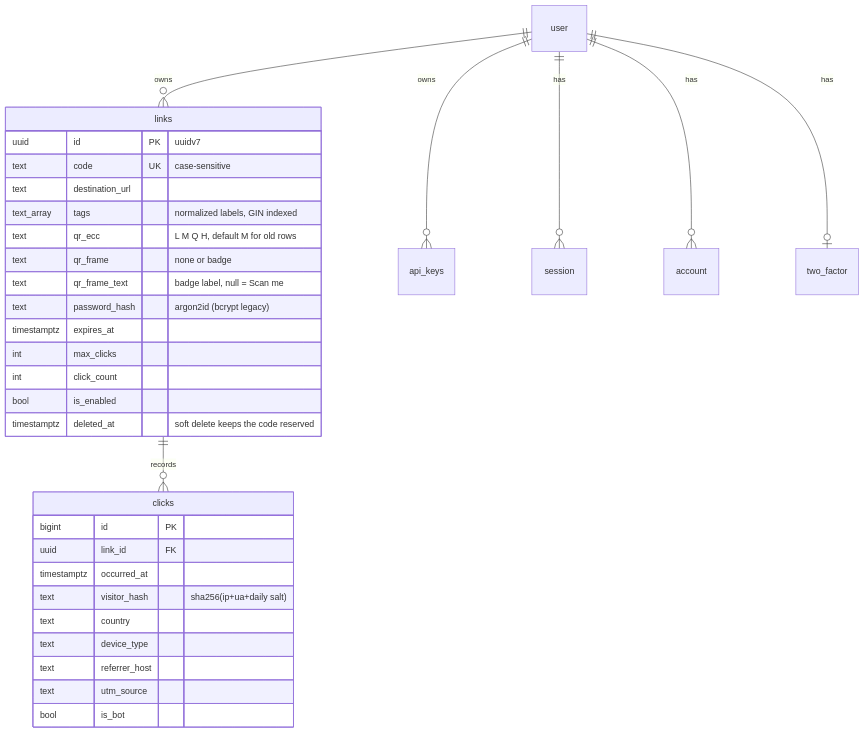
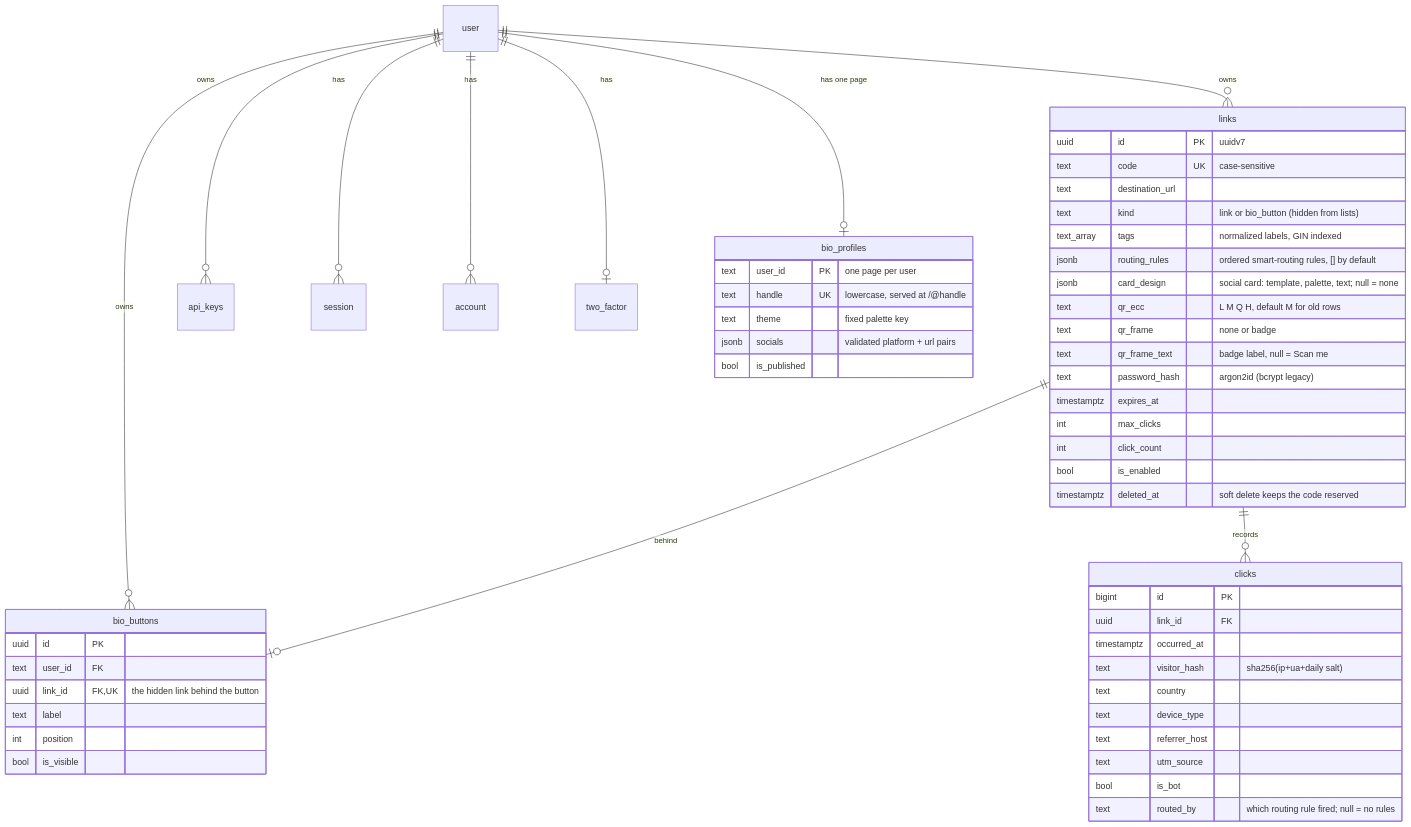
One commit to RaydanAridiCS/vialb.link changed the third of 3 diagrams in docs/architecture.md. Above: the diagram before and after it, drawn with Mermaid. The commit also changed other lines of this file and 108 other files, not shown here.

Commit message:
feat: add link-in-bio features, smart routing, social cards, and comprehensive test suite

````diff
--- a/docs/architecture.md
+++ b/docs/architecture.md
@@ -95,35 +98,57 @@
 ```mermaid
 erDiagram
   user ||--o{ links : owns
   user ||--o{ api_keys : owns
   user ||--o{ session : has
   user ||--o{ account : has
   user ||--o| two_factor : has
+  user ||--o| bio_profiles : "has one page"
+  user ||--o{ bio_buttons : owns
+  links ||--o| bio_buttons : "behind"
   links ||--o{ clicks : records
   links {
     uuid id PK "uuidv7"
     text code UK "case-sensitive"
     text destination_url
+    text kind "link or bio_button (hidden from lists)"
     text_array tags "normalized labels, GIN indexed"
+    jsonb routing_rules "ordered smart-routing rules, [] by default"
+    jsonb card_design "social card: template, palette, text; null = none"
     text qr_ecc "L M Q H, default M for old rows"
     text qr_frame "none or badge"
     text qr_frame_text "badge label, null = Scan me"
     text password_hash "argon2id (bcrypt legacy)"
     timestamptz expires_at
     int max_clicks
     int click_count
     bool is_enabled
     timestamptz deleted_at "soft delete keeps the code reserved"
   }
   clicks {
     bigint id PK
     uuid link_id FK
     timestamptz occurred_at
     text visitor_hash "sha256(ip+ua+daily salt)"
     text country
     text device_type
     text referrer_host
     text utm_source
     bool is_bot
+    text routed_by "which routing rule fired; null = no rules"
+  }
+  bio_profiles {
+    text user_id PK "one page per user"
+    text handle UK "lowercase, served at /@handle"
+    text theme "fixed palette key"
+    jsonb socials "validated platform + url pairs"
+    bool is_published
+  }
+  bio_buttons {
+    uuid id PK
+    text user_id FK
+    uuid link_id FK,UK "the hidden link behind the button"
+    text label
+    int position
+    bool is_visible
   }
 ```
````
